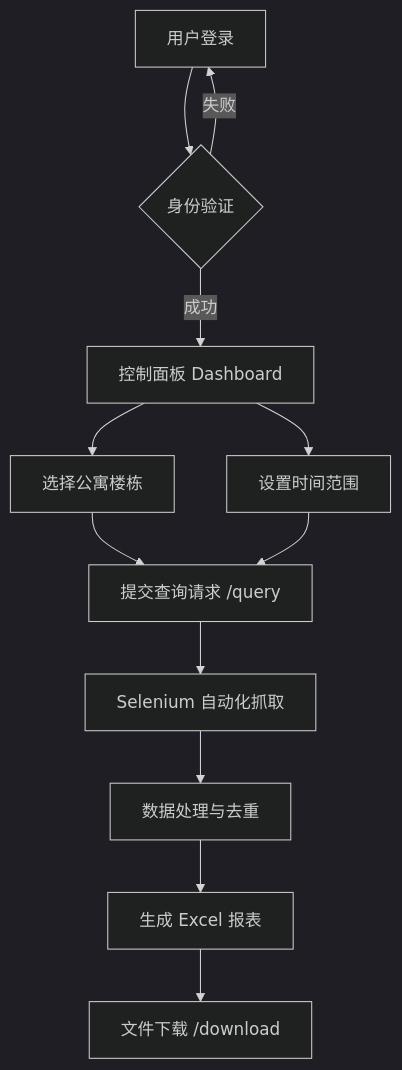
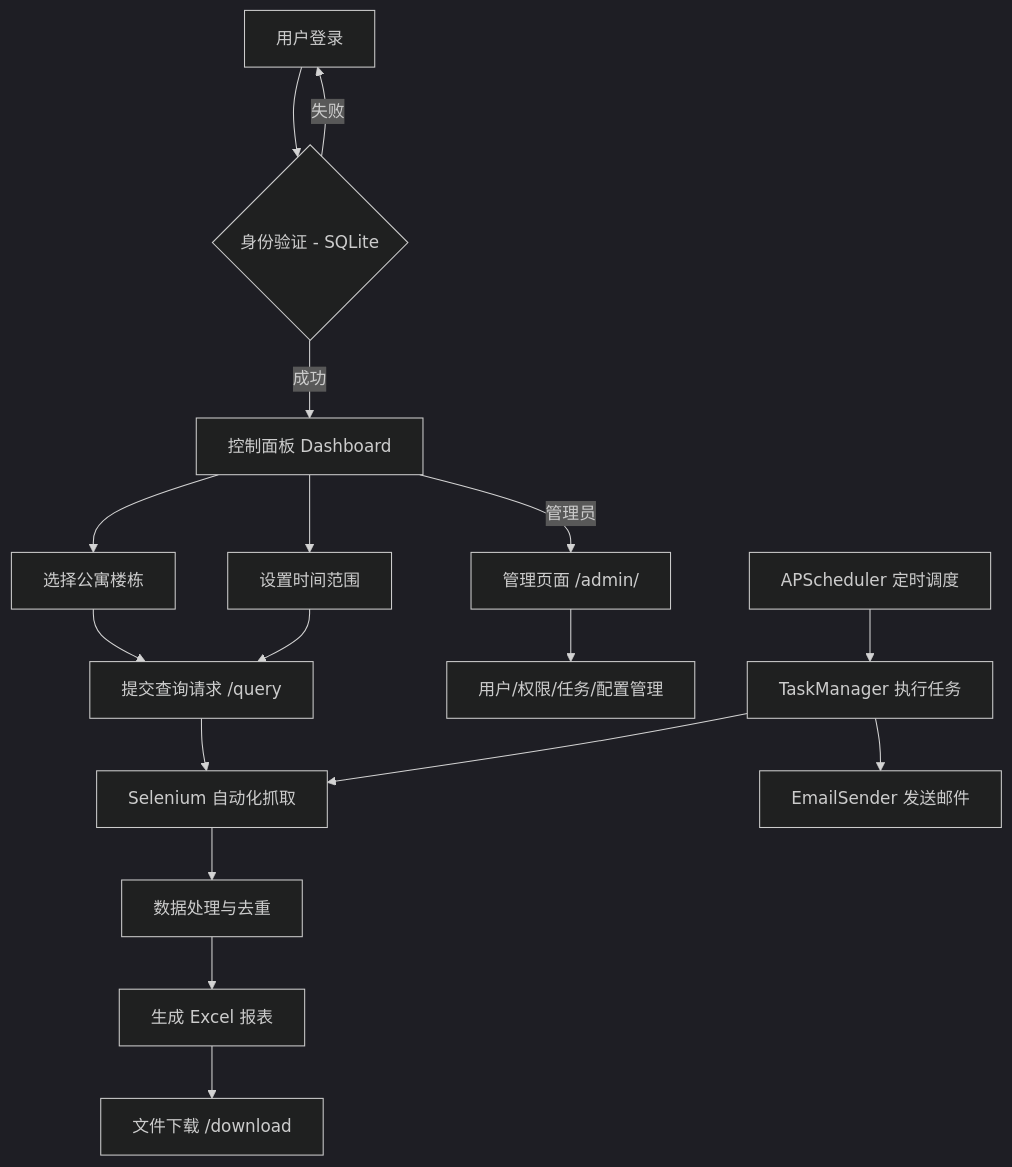
The diagram in agent.md (widy21/tianjin-edu), drawn with Mermaid (dark theme) before and after one commit. The commit also changed other lines of this file and 19 other files, not shown here.

````diff
--- a/agent.md
+++ b/agent.md
@@ -12,14 +12,19 @@
 ```mermaid
 graph TD
-    A[用户登录] --> B{身份验证}
+    A[用户登录] --> B{身份验证 - SQLite}
     B -->|成功| C[控制面板 Dashboard]
     B -->|失败| A
     C --> D[选择公寓楼栋]
     C --> E[设置时间范围]
+    C -->|管理员| K[管理页面 /admin/]
     D --> F[提交查询请求 /query]
     E --> F
     F --> G[Selenium 自动化抓取]
     G --> H[数据处理与去重]
     H --> I[生成 Excel 报表]
     I --> J[文件下载 /download]
+    K --> L[用户/权限/任务/配置管理]
+    M[APScheduler 定时调度] --> N[TaskManager 执行任务]
+    N --> G
+    N --> O[EmailSender 发送邮件]
 ```
````
